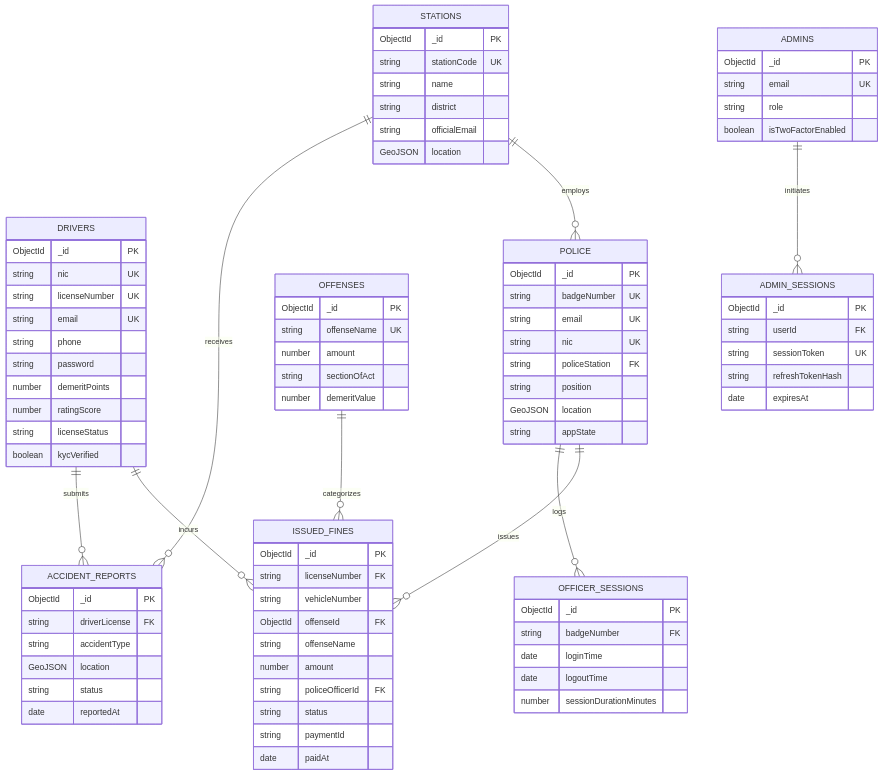
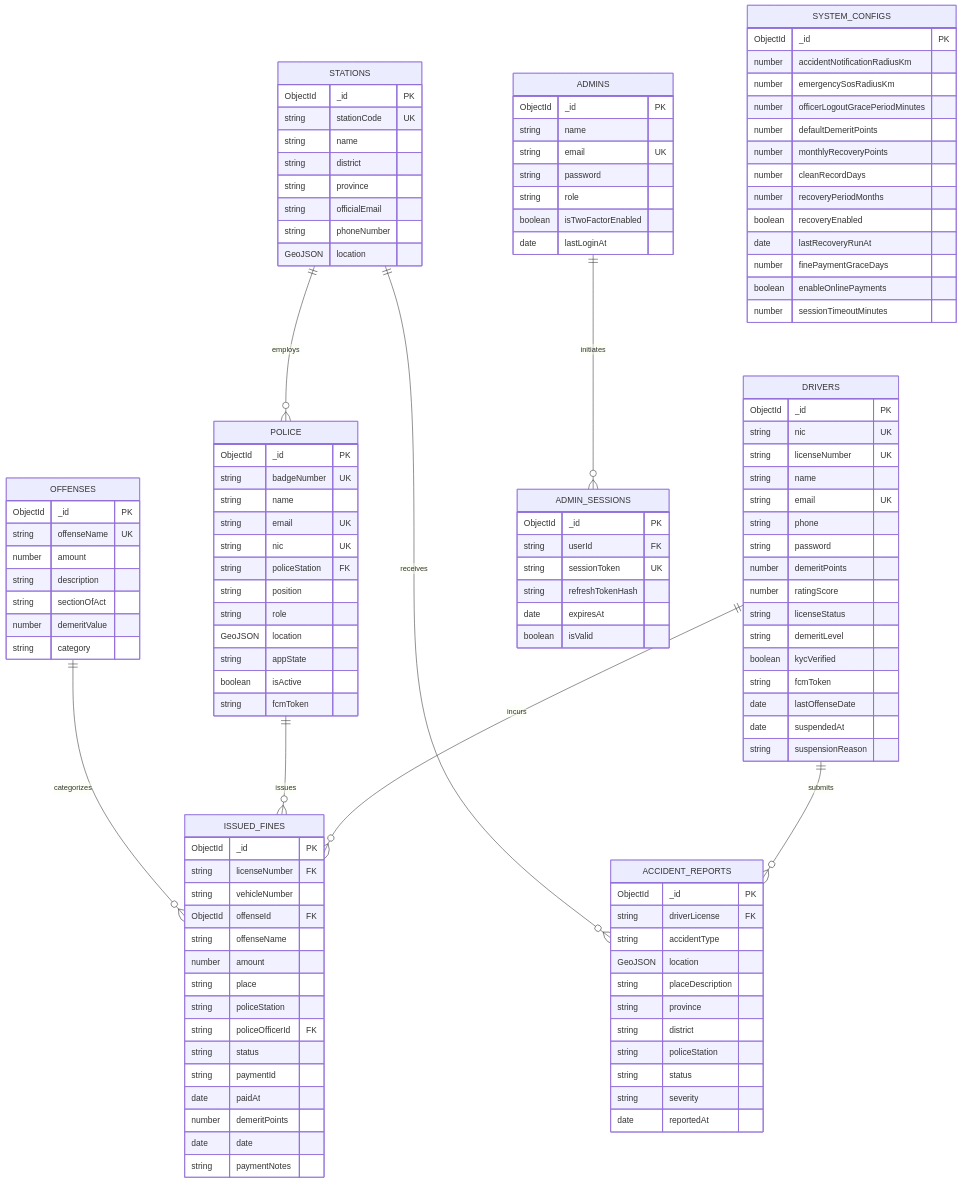
Before and after one commit to e-fine-sl/e-fine-sl-traffic-management: diagram 15 of 15 in README.md, drawn with Mermaid. The commit also changed other lines of this file, not shown here.

Commit message:
docs(architecture): update system design diagrams, use case specifications, class diagrams, sequence flows, activity flows, wireframes, and database ERD schemas to match live implementation

````diff
--- a/README.md
+++ b/README.md
@@ -768,31 +911,40 @@
     DRIVERS ||--o{ ACCIDENT_REPORTS : "submits"
     STATIONS ||--o{ POLICE : "employs"
     STATIONS ||--o{ ACCIDENT_REPORTS : "receives"
-    POLICE ||--o{ OFFICER_SESSIONS : "logs"
     ADMINS ||--o{ ADMIN_SESSIONS : "initiates"
 
     DRIVERS {
         ObjectId _id PK
         string nic UK
         string licenseNumber UK
+        string name
         string email UK
         string phone
         string password
         number demeritPoints
         number ratingScore
         string licenseStatus
+        string demeritLevel
         boolean kycVerified
+        string fcmToken
+        date lastOffenseDate
+        date suspendedAt
+        string suspensionReason
     }
 
     POLICE {
         ObjectId _id PK
         string badgeNumber UK
+        string name
         string email UK
         string nic UK
         string policeStation FK
         string position
+        string role
         GeoJSON location
         string appState
+        boolean isActive
+        string fcmToken
     }
 
     ISSUED_FINES {
@@ -802,18 +954,25 @@
         ObjectId offenseId FK
         string offenseName
         number amount
+        string place
+        string policeStation
         string policeOfficerId FK
         string status
         string paymentId
         date paidAt
+        number demeritPoints
+        date date
+        string paymentNotes
     }
 
     OFFENSES {
         ObjectId _id PK
         string offenseName UK
         number amount
+        string description
         string sectionOfAct
         number demeritValue
+        string category
     }
 
     ACCIDENT_REPORTS {
@@ -821,7 +980,12 @@
         string driverLicense FK
         string accidentType
         GeoJSON location
+        string placeDescription
+        string province
+        string district
+        string policeStation
         string status
+        string severity
         date reportedAt
     }
 
@@ -830,23 +994,36 @@
         string stationCode UK
         string name
         string district
+        string province
         string officialEmail
+        string phoneNumber
         GeoJSON location
     }
 
-    OFFICER_SESSIONS {
+    SYSTEM_CONFIGS {
         ObjectId _id PK
-        string badgeNumber FK
-        date loginTime
-        date logoutTime
-        number sessionDurationMinutes
+        number accidentNotificationRadiusKm
+        number emergencySosRadiusKm
+        number officerLogoutGracePeriodMinutes
+        number defaultDemeritPoints
+        number monthlyRecoveryPoints
+        number cleanRecordDays
+        number recoveryPeriodMonths
+        boolean recoveryEnabled
+        date lastRecoveryRunAt
+        number finePaymentGraceDays
+        boolean enableOnlinePayments
+        number sessionTimeoutMinutes
     }
 
     ADMINS {
         ObjectId _id PK
+        string name
         string email UK
+        string password
         string role
         boolean isTwoFactorEnabled
+        date lastLoginAt
     }
 
     ADMIN_SESSIONS {
@@ -855,5 +1032,6 @@
         string sessionToken UK
         string refreshTokenHash
         date expiresAt
+        boolean isValid
     }
 ```
````
